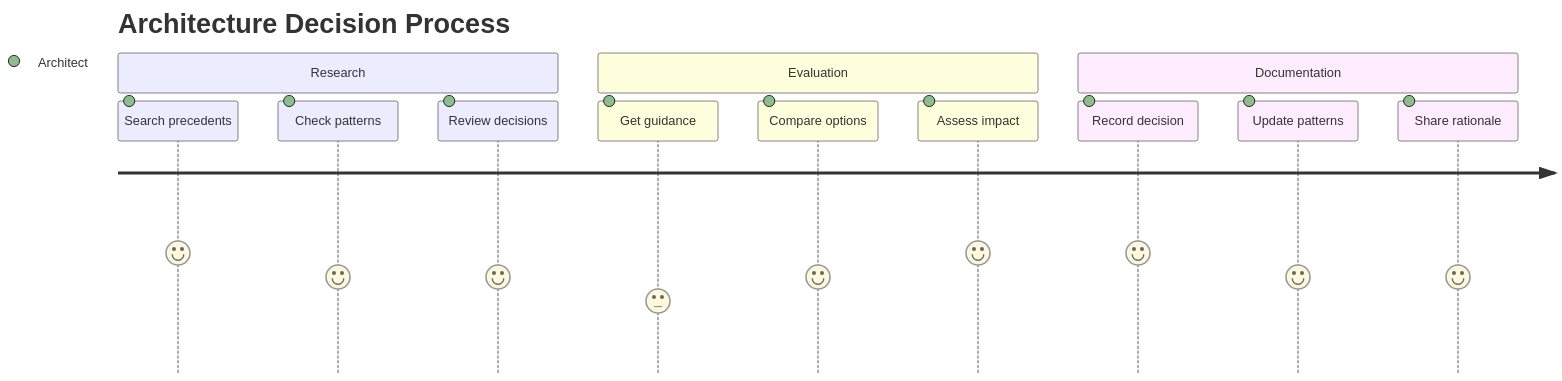
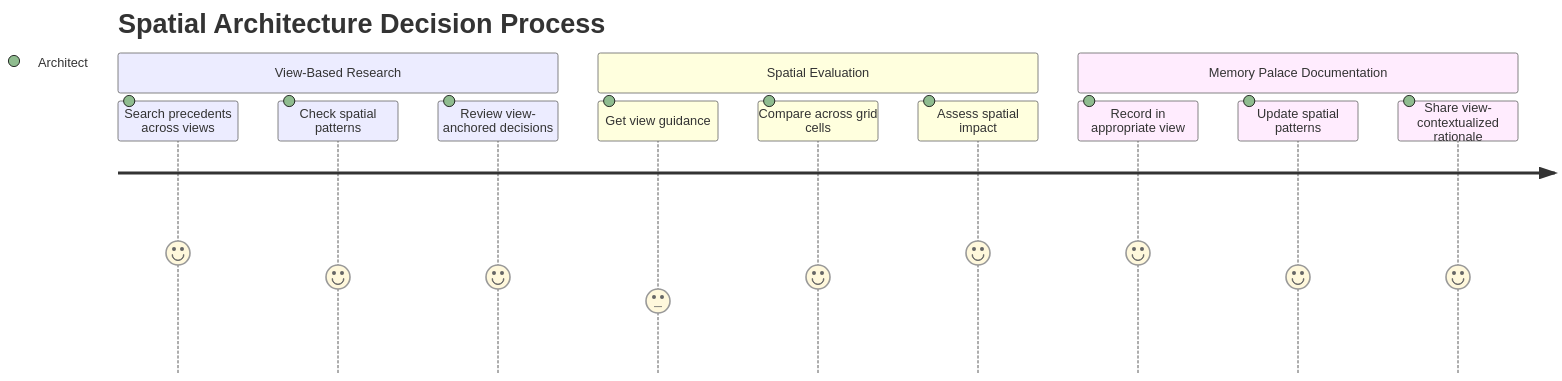
The third of 6 diagrams in docs/tool-workflows/user-journeys.md (a24z-ai/a24z-memory), drawn with Mermaid before and after one commit. The commit also changed other lines of this file and 71 other files, not shown here.

First line of the commit message:
feat: replace AskA24zMemoryTool with ListCodebaseViewsTool

````diff
--- a/docs/tool-workflows/user-journeys.md
+++ b/docs/tool-workflows/user-journeys.md
@@ -43,16 +43,16 @@
 ```mermaid
 journey
-    title Architecture Decision Process
-    section Research
-        Search precedents: 5: Architect
-        Check patterns: 4: Architect
-        Review decisions: 4: Architect
-    section Evaluation
-        Get guidance: 3: Architect
-        Compare options: 4: Architect
-        Assess impact: 5: Architect
-    section Documentation
-        Record decision: 5: Architect
-        Update patterns: 4: Architect
-        Share rationale: 4: Architect
+    title Spatial Architecture Decision Process
+    section View-Based Research
+        Search precedents across views: 5: Architect
+        Check spatial patterns: 4: Architect
+        Review view-anchored decisions: 4: Architect
+    section Spatial Evaluation
+        Get view guidance: 3: Architect
+        Compare across grid cells: 4: Architect
+        Assess spatial impact: 5: Architect
+    section Memory Palace Documentation
+        Record in appropriate view: 5: Architect
+        Update spatial patterns: 4: Architect
+        Share view-contextualized rationale: 4: Architect
 ```
````
